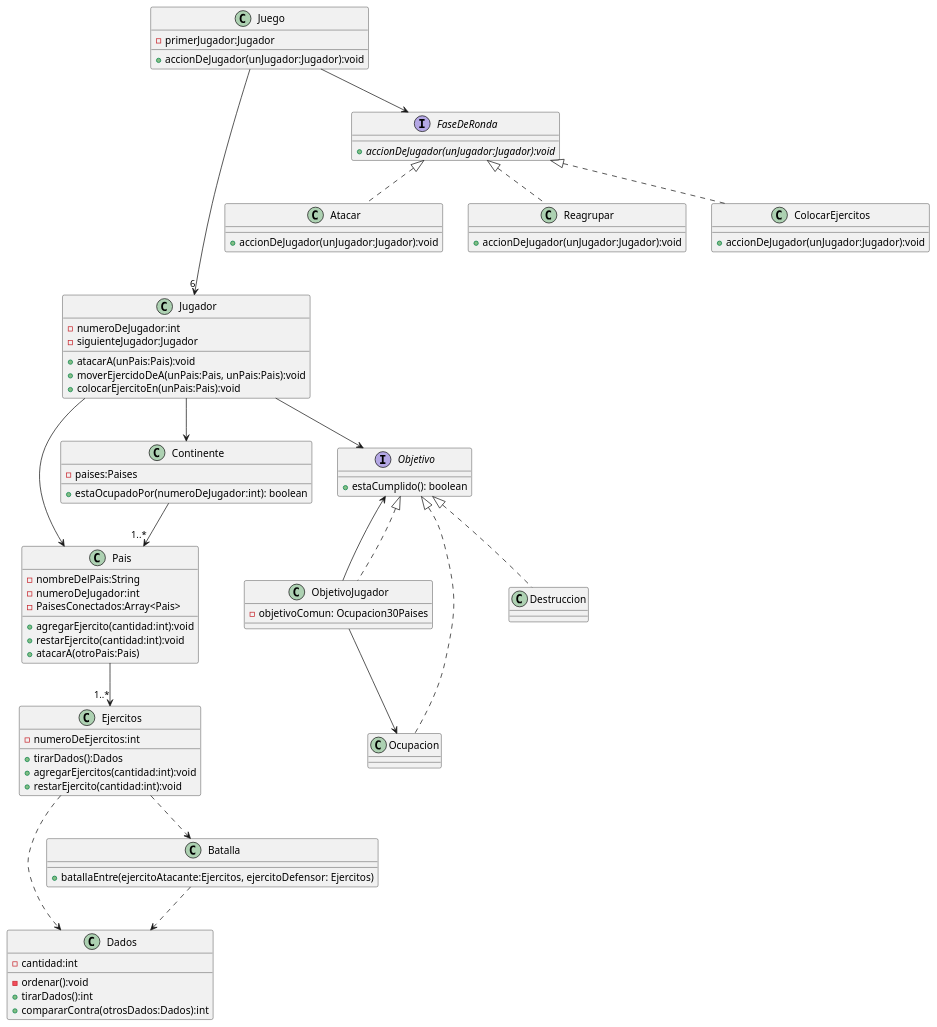
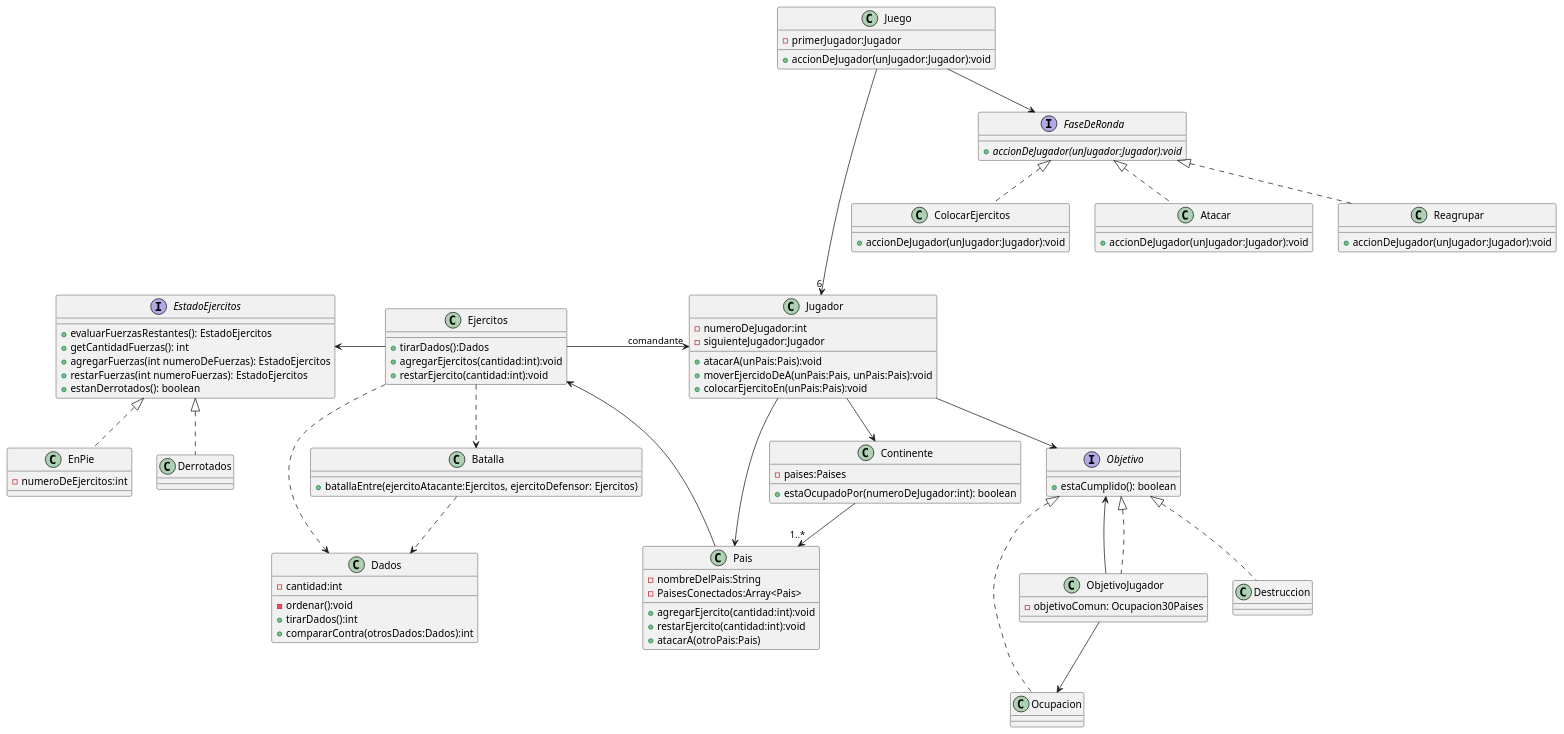
The diagram in Diagramas/Classes.puml (julia-valdo/Algoritmos-3.TP2), drawn with PlantUML before and after one commit.

Commit message:
Cambio en el diagrama de clases para mostrar diferencias

```diff
--- a/Diagramas/Classes.puml
+++ b/Diagramas/Classes.puml
@@ -1,103 +1,120 @@
 @startuml
 'https://plantuml.com/class-diagram
 
 class Juego{
 -primerJugador:Jugador
 +accionDeJugador(unJugador:Jugador):void
 }
 
 class Jugador{
 -numeroDeJugador:int
 -siguienteJugador:Jugador
 +atacarA(unPais:Pais):void
 +moverEjercidoDeA(unPais:Pais, unPais:Pais):void
 +colocarEjercitoEn(unPais:Pais):void
 }
 
 class Ejercitos{
--numeroDeEjercitos:int
+
 +tirarDados():Dados
 +agregarEjercitos(cantidad:int):void
 +restarEjercito(cantidad:int):void
 }
 
+interface EstadoEjercitos{
+
+ + evaluarFuerzasRestantes(): EstadoEjercitos
+ + getCantidadFuerzas(): int
+ + agregarFuerzas(int numeroDeFuerzas): EstadoEjercitos
+ + restarFuerzas(int numeroFuerzas): EstadoEjercitos
+ + estanDerrotados(): boolean
+}
+
+class EnPie{
+-numeroDeEjercitos:int
+}
+class Derrotados{
+}
 
 class Pais{
 -nombreDelPais:String
--numeroDeJugador:int
 -PaisesConectados:Array<Pais>
 +agregarEjercito(cantidad:int):void
 +restarEjercito(cantidad:int):void
 +atacarA(otroPais:Pais)
 }
 
 
 class ObjetivoJugador{
 -objetivoComun: Ocupacion30Paises
 }
 
 class Dados{
 -cantidad:int
 -ordenar():void
 +tirarDados():int
 +compararContra(otrosDados:Dados):int
 }
 
 class Continente{
 -paises:Paises
 + estaOcupadoPor(numeroDeJugador:int): boolean
 }
 
 interface FaseDeRonda{
 +{abstract} accionDeJugador(unJugador:Jugador):void
 }
 
 interface Objetivo{
 + estaCumplido(): boolean
 }
 
 
 class Atacar{
 +accionDeJugador(unJugador:Jugador):void
 }
 
 class Reagrupar{
 +accionDeJugador(unJugador:Jugador):void
 }
 
 class ColocarEjercitos{
 +accionDeJugador(unJugador:Jugador):void
 }
 
 class Batalla{
 +batallaEntre(ejercitoAtacante:Ejercitos, ejercitoDefensor: Ejercitos)
 }
 
 Juego ---->"6" Jugador
 Juego --> FaseDeRonda
 
 FaseDeRonda <|.. Atacar
 FaseDeRonda <|.. Reagrupar
 FaseDeRonda <|.. ColocarEjercitos
 
 
 Jugador --> Pais
 Jugador --> Objetivo
 Jugador --> Continente
 
-Pais --> "1..*"Ejercitos
+Pais --> Ejercitos
 
 Objetivo <|.. Ocupacion
 Objetivo <|.. Destruccion
 Objetivo <-- ObjetivoJugador
 Objetivo <|.. ObjetivoJugador
 
 ObjetivoJugador --> Ocupacion
 
 Ejercitos ..> Batalla
 Ejercitos ..> Dados
+Ejercitos -> "comandante" Jugador
+EstadoEjercitos <- Ejercitos
+EstadoEjercitos <|.. EnPie
+EstadoEjercitos <|.. Derrotados
 Batalla ..> Dados
 
 Continente --> "1..*" Pais
 
 @enduml
```
